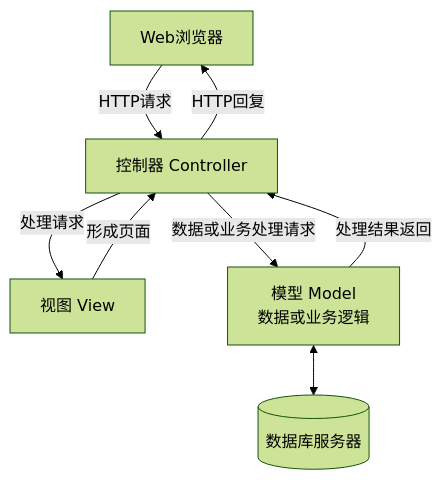
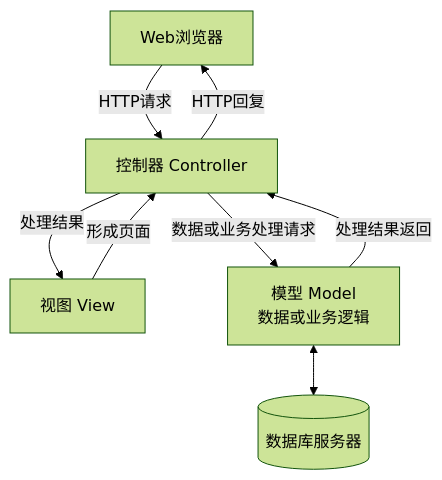
The fourth of 15 diagrams in 01.系统架构设计师教材-清洗版/第12章-信息系统架构设计理论与实践.md (YoungHong1992/ruankao-senior-architecture-designer), drawn with Mermaid (forest theme) before and after one commit. The commit also changed other lines of this file and 16 other files, not shown here.

````diff
--- a/01.系统架构设计师教材-清洗版/第12章-信息系统架构设计理论与实践.md
+++ b/01.系统架构设计师教材-清洗版/第12章-信息系统架构设计理论与实践.md
@@ -254,10 +254,10 @@
 ```mermaid
 flowchart TB
     B["Web浏览器"] -->|"HTTP请求"| C["控制器 Controller"]
     C -->|"HTTP回复"| B
-    C -->|"处理请求"| V["视图 View"]
+    C -->|"处理结果"| V["视图 View"]
     V -->|"形成页面"| C
     C -->|"数据或业务处理请求"| M["模型 Model<br/>数据或业务逻辑"]
     M -->|"处理结果返回"| C
     M <--> DB[("数据库服务器")]
 ```
````
